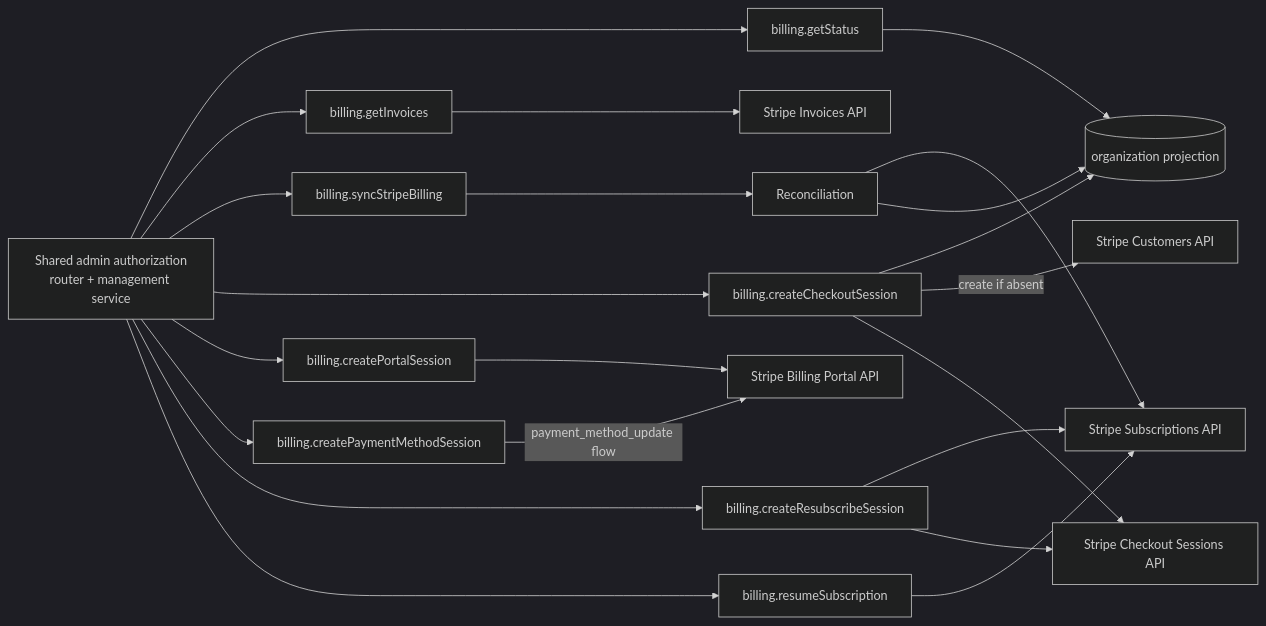
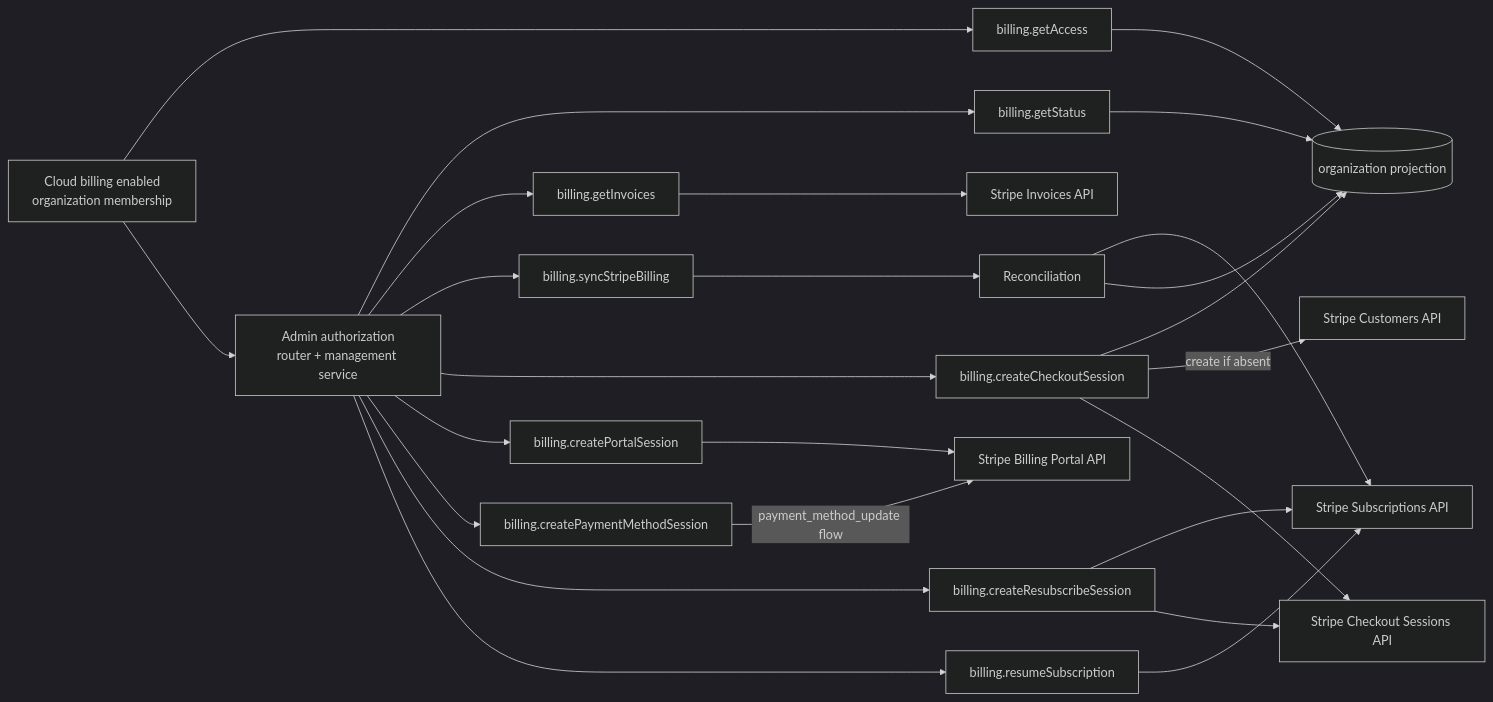
Before and after one commit to getnao/nao: the fifth of 13 diagrams in apps/backend/docs/cloud-billing-stripe.md, drawn with Mermaid (dark theme). The commit also changed other lines of this file and 4 other files, not shown here.

Commit message:
show cloud billing access banner

````diff
--- a/apps/backend/docs/cloud-billing-stripe.md
+++ b/apps/backend/docs/cloud-billing-stripe.md
@@ -275,37 +293,41 @@
 ```mermaid
 flowchart LR
-    Guard["Shared admin authorization<br/>router + management service"]
+    MemberGuard["Cloud billing enabled<br/>organization membership"]
+    AdminGuard["Admin authorization<br/>router + management service"]
 
+    AccessSummary["billing.getAccess"]
     Status["billing.getStatus"]
     Invoices["billing.getInvoices"]
     Sync["billing.syncStripeBilling"]
     Checkout["billing.createCheckoutSession"]
     Portal["billing.createPortalSession"]
     Payment["billing.createPaymentMethodSession"]
     Resubscribe["billing.createResubscribeSession"]
     Resume["billing.resumeSubscription"]
 
     Organization[("organization projection")]
     Reconcile["Reconciliation"]
     CustomerAPI["Stripe Customers API"]
     CheckoutAPI["Stripe Checkout Sessions API"]
     PortalAPI["Stripe Billing Portal API"]
     InvoiceAPI["Stripe Invoices API"]
     SubscriptionAPI["Stripe Subscriptions API"]
 
-    Guard --> Status --> Organization
-    Guard --> Invoices --> InvoiceAPI
-    Guard --> Sync --> Reconcile
-    Guard --> Checkout
+    MemberGuard --> AccessSummary --> Organization
+    MemberGuard --> AdminGuard
+    AdminGuard --> Status --> Organization
+    AdminGuard --> Invoices --> InvoiceAPI
+    AdminGuard --> Sync --> Reconcile
+    AdminGuard --> Checkout
     Checkout --> Organization
     Checkout -->|"create if absent"| CustomerAPI
     Checkout --> CheckoutAPI
-    Guard --> Portal --> PortalAPI
-    Guard --> Payment -->|"payment_method_update flow"| PortalAPI
-    Guard --> Resubscribe
+    AdminGuard --> Portal --> PortalAPI
+    AdminGuard --> Payment -->|"payment_method_update flow"| PortalAPI
+    AdminGuard --> Resubscribe
     Resubscribe --> SubscriptionAPI
     Resubscribe --> CheckoutAPI
-    Guard --> Resume --> SubscriptionAPI
+    AdminGuard --> Resume --> SubscriptionAPI
     Reconcile --> SubscriptionAPI
     Reconcile --> Organization
 ```
````
